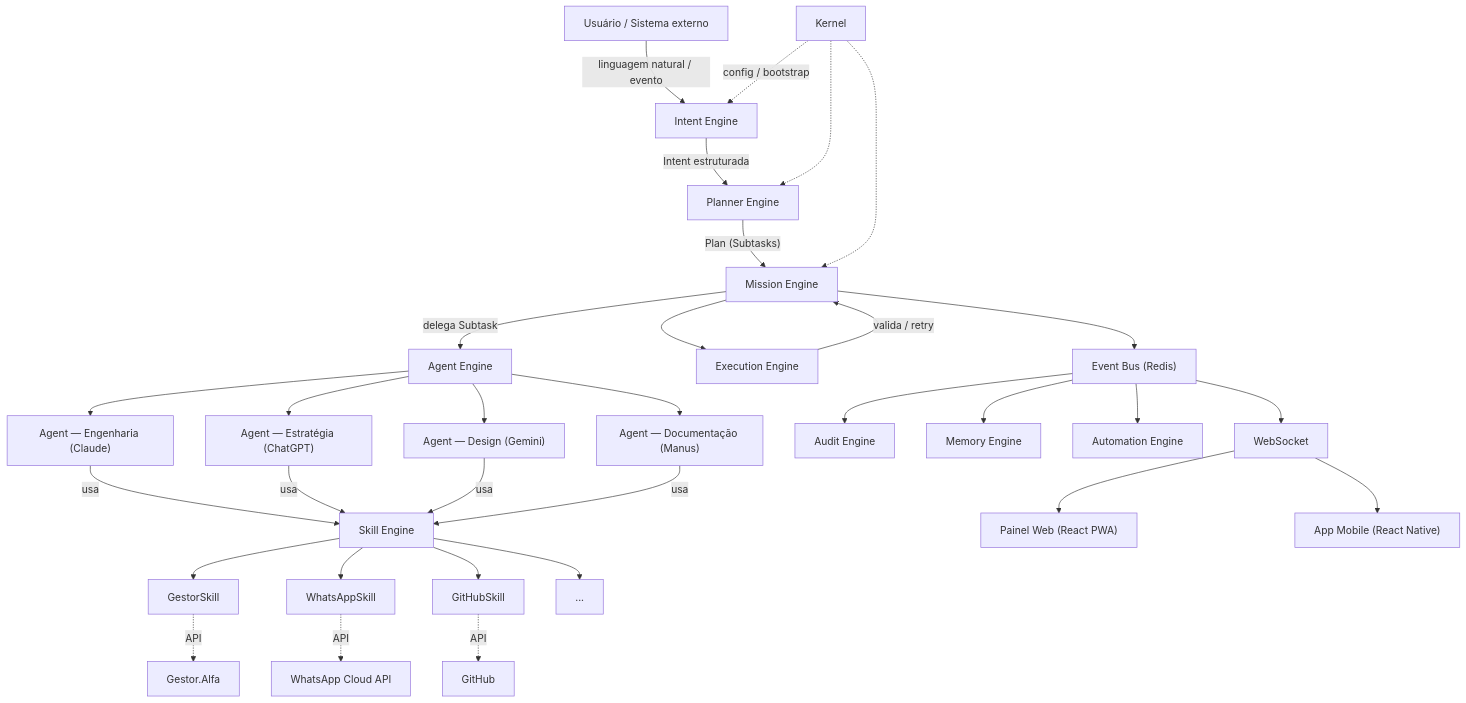
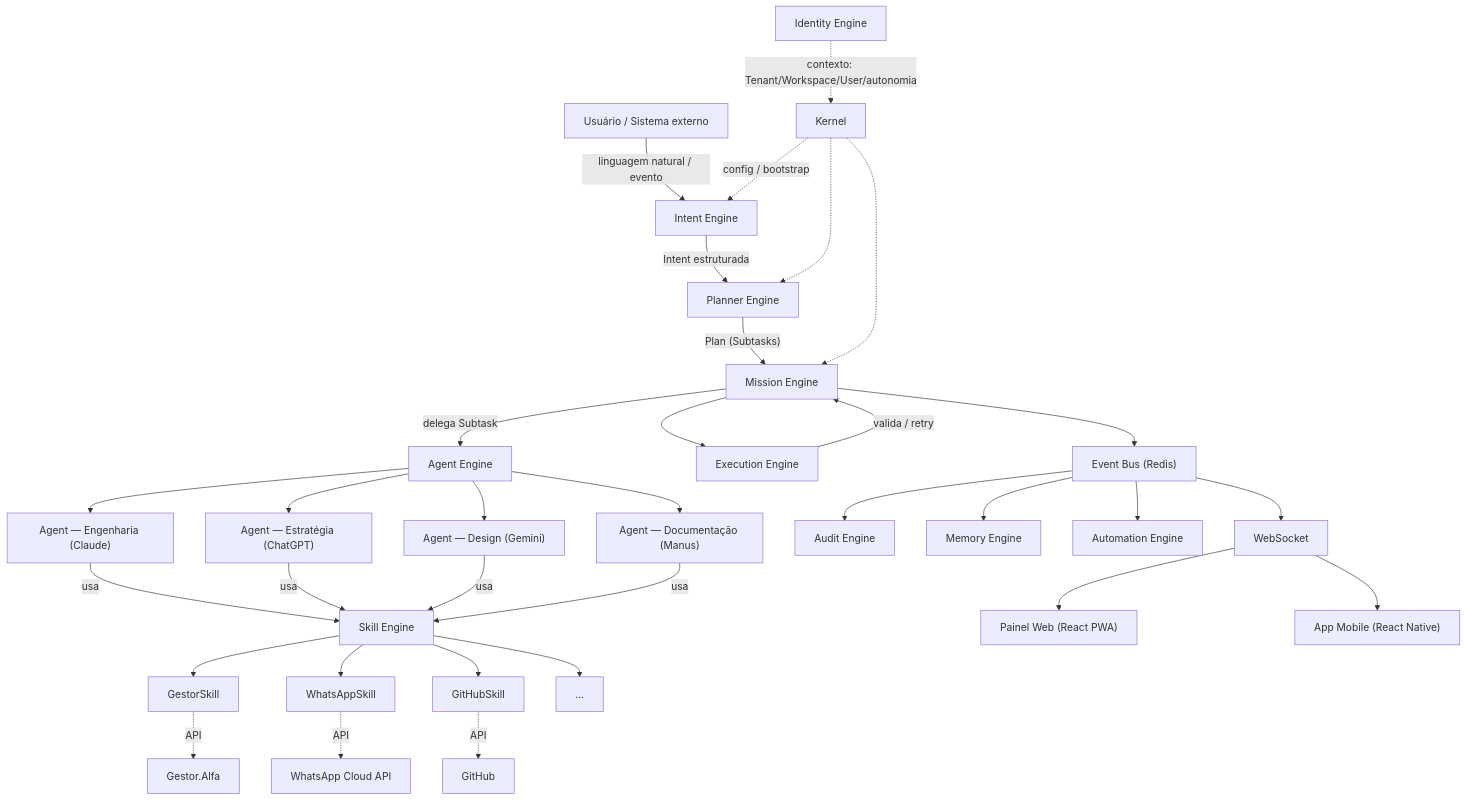
Before and after one commit to FelipeGat/Project-SIGMA: the first of 2 diagrams in docs/architecture/ARCHITECTURE.md, drawn with Mermaid. The commit also changed other lines of this file and 55 other files, not shown here.

````diff
--- a/docs/architecture/ARCHITECTURE.md
+++ b/docs/architecture/ARCHITECTURE.md
@@ -38,34 +39,35 @@
 ```mermaid
 graph TB
     User["Usuário / Sistema externo"] -->|"linguagem natural / evento"| Intent["Intent Engine"]
     Intent -->|"Intent estruturada"| Planner["Planner Engine"]
     Planner -->|"Plan (Subtasks)"| Mission["Mission Engine"]
     Mission -->|"delega Subtask"| AgentEng["Agent Engine"]
     AgentEng --> Agent1["Agent — Engenharia (Claude)"]
     AgentEng --> Agent2["Agent — Estratégia (ChatGPT)"]
     AgentEng --> Agent3["Agent — Design (Gemini)"]
     AgentEng --> Agent4["Agent — Documentação (Manus)"]
     Agent1 -->|"usa"| SkillEng["Skill Engine"]
     Agent2 -->|"usa"| SkillEng
     Agent3 -->|"usa"| SkillEng
     Agent4 -->|"usa"| SkillEng
     SkillEng --> S1["GestorSkill"]
     SkillEng --> S2["WhatsAppSkill"]
     SkillEng --> S3["GitHubSkill"]
     SkillEng --> S4["..."]
     S1 -.->|"API"| Ext1["Gestor.Alfa"]
     S2 -.->|"API"| Ext2["WhatsApp Cloud API"]
     S3 -.->|"API"| Ext3["GitHub"]
     Mission --> Exec["Execution Engine"]
     Exec -->|"valida / retry"| Mission
     Mission --> EventBus["Event Bus (Redis)"]
     EventBus --> Audit["Audit Engine"]
     EventBus --> Memory["Memory Engine"]
     EventBus --> Automation["Automation Engine"]
     EventBus --> WS["WebSocket"]
     WS --> Web["Painel Web (React PWA)"]
     WS --> Mobile["App Mobile (React Native)"]
     Kernel["Kernel"] -.->|"config / bootstrap"| Intent
     Kernel -.-> Planner
     Kernel -.-> Mission
+    Identity["Identity Engine"] -.->|"contexto: Tenant/Workspace/User/autonomia"| Kernel
 ```
````
